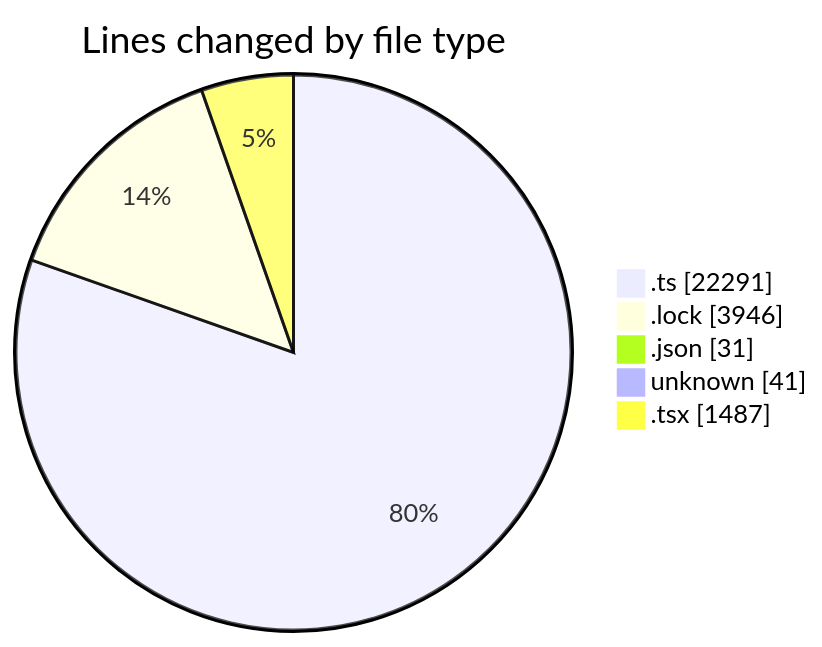
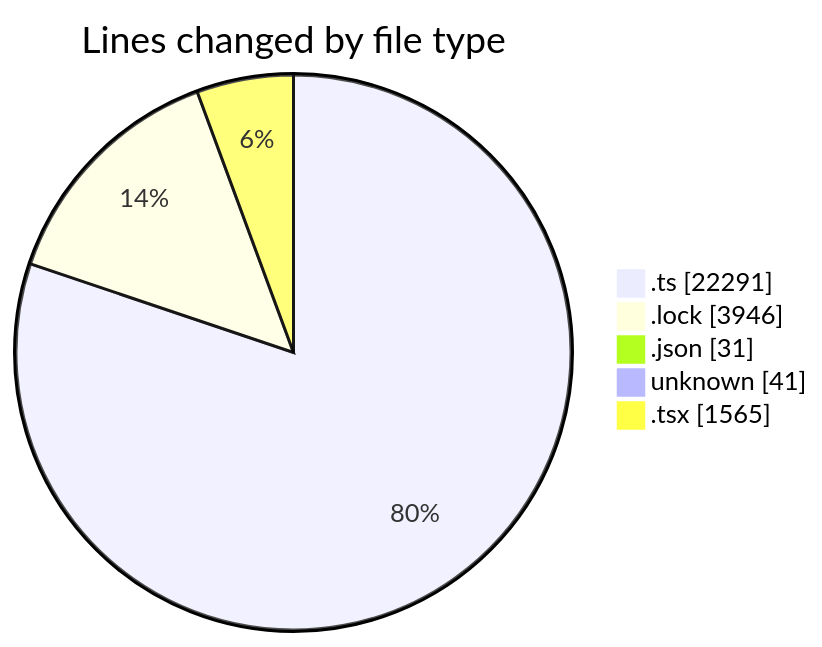
The first of 2 diagrams in 2025-08-19/cda/README.md (momahboobian/code-tracking), drawn with Mermaid before and after one commit. The commit also changed other lines of this file and 1 other file, not shown here.

````diff
--- a/2025-08-19/cda/README.md
+++ b/2025-08-19/cda/README.md
@@ -40,9 +41,9 @@
 ```mermaid
 pie showData
 title Lines changed by file type
 ".ts" : 22291
 ".lock" : 3946
 ".json" : 31
 "unknown" : 41
-".tsx" : 1487
+".tsx" : 1565
 ```
````
